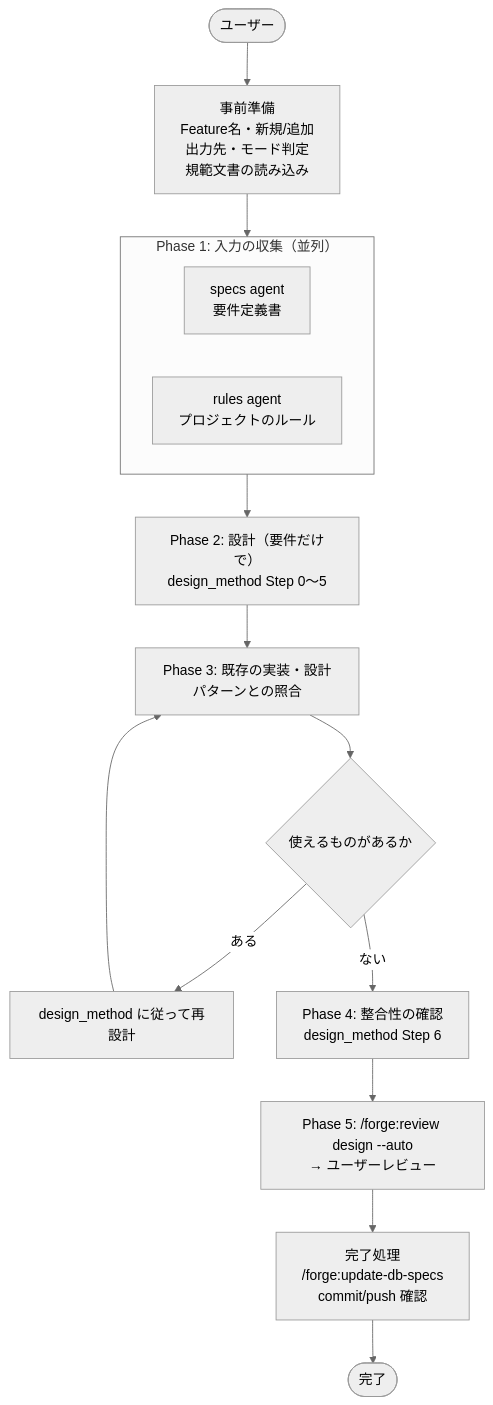
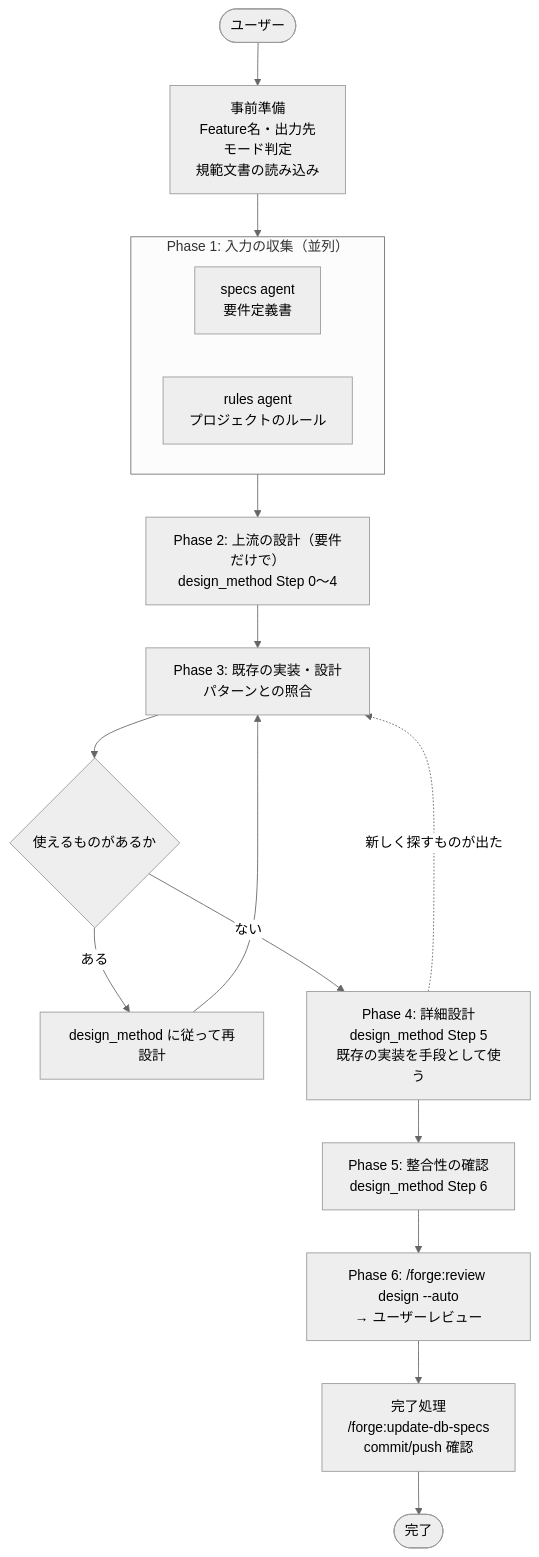
Before and after one commit to BlueEventHorizon/bw-cc-plugins: the diagram in docs/specs/forge/design/DES-018_create_design_workflow_design.md, drawn with Mermaid (neutral theme). The commit also changed other lines of this file and 34 other files, not shown here.

First line of the commit message:
feat(forge): start-design の差分開発判定・詳細設計の順序・入力への質問を見直し、AI 評価ケースを追加する

````diff
--- a/docs/specs/forge/design/DES-018_create_design_workflow_design.md
+++ b/docs/specs/forge/design/DES-018_create_design_workflow_design.md
@@ -14,26 +14,29 @@
 ```mermaid
 flowchart TD
     User([ユーザー]) --> PREREQ
 
-    PREREQ["事前準備<br>Feature名・新規/追加<br>出力先・モード判定<br>規範文書の読み込み"] --> COLLECT
+    PREREQ["事前準備<br>Feature名・出力先<br>モード判定<br>規範文書の読み込み"] --> COLLECT
 
     subgraph COLLECT["Phase 1: 入力の収集（並列）"]
         A1["specs agent<br>要件定義書"]
         A2["rules agent<br>プロジェクトのルール"]
     end
 
     COLLECT --> DESIGN
 
-    DESIGN["Phase 2: 設計（要件だけで）<br>design_method Step 0〜5"] --> MATCH
+    DESIGN["Phase 2: 上流の設計（要件だけで）<br>design_method Step 0〜4"] --> MATCH
 
     MATCH["Phase 3: 既存の実装・設計パターンとの照合"] --> FOUND{使えるものがあるか}
     FOUND -->|"ある"| REDESIGN["design_method に従って再設計"]
     REDESIGN --> MATCH
-    FOUND -->|"ない"| CHECK
+    FOUND -->|"ない"| DETAIL
 
-    CHECK["Phase 4: 整合性の確認<br>design_method Step 6"] --> REVIEW
+    DETAIL["Phase 4: 詳細設計<br>design_method Step 5<br>既存の実装を手段として使う"] --> CHECK
+    DETAIL -.->|"新しく探すものが出た"| MATCH
 
-    REVIEW["Phase 5: /forge:review design --auto<br>→ ユーザーレビュー"] --> FINISH
+    CHECK["Phase 5: 整合性の確認<br>design_method Step 6"] --> REVIEW
+
+    REVIEW["Phase 6: /forge:review design --auto<br>→ ユーザーレビュー"] --> FINISH
 
     FINISH["完了処理<br>/forge:update-db-specs<br>commit/push 確認"] --> Done([完了])
 ```
````
